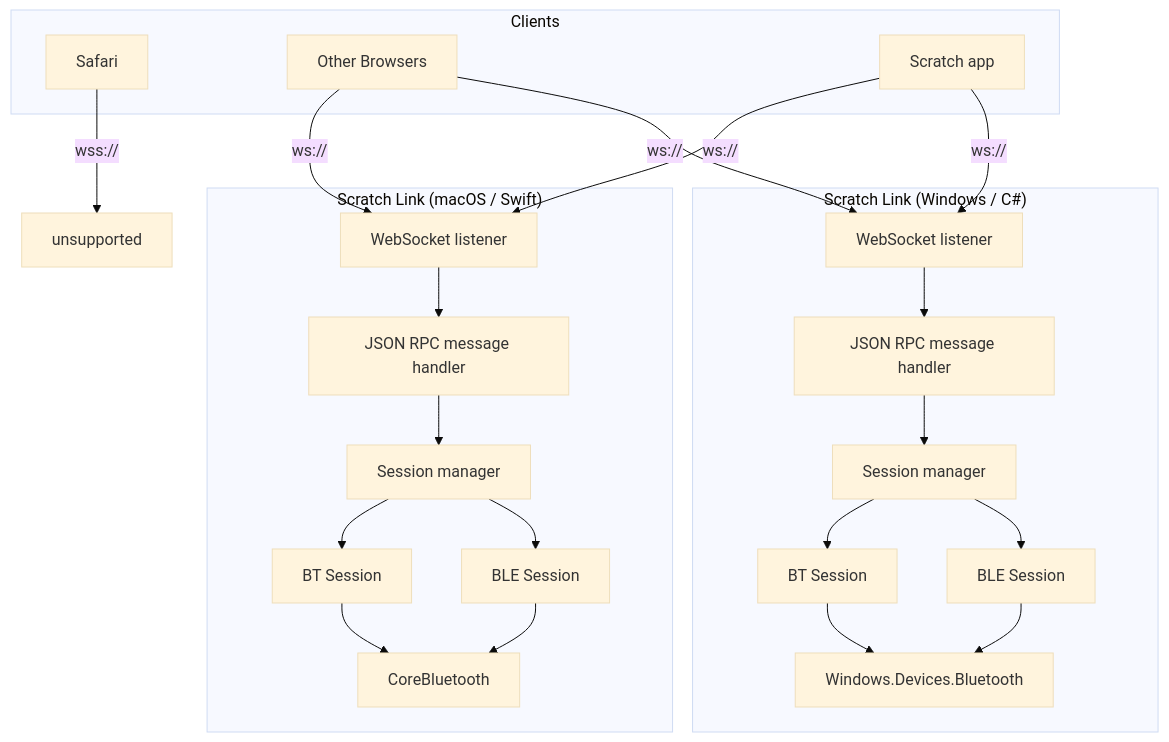
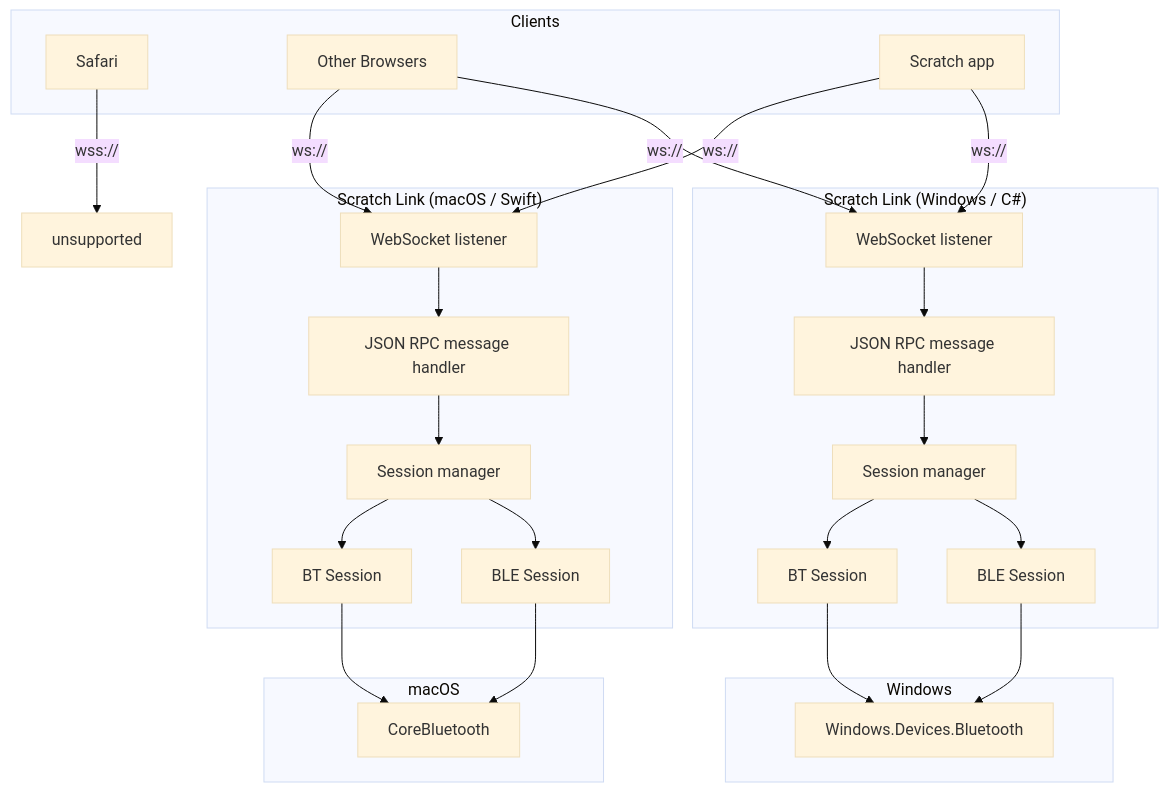
Before and after one commit to scratchfoundation/scratch-link: the second of 2 diagrams in Documentation/Architecture.md, drawn with Mermaid (base theme). The commit also changed other lines of this file, not shown here.

Commit message:
update architecture to avoid stdio with MAUI

````diff
--- a/Documentation/Architecture.md
+++ b/Documentation/Architecture.md
@@ -101,44 +107,48 @@
 ```mermaid
 graph TD;
 subgraph Clients
     Safari
     Browsers["Other Browsers"]
     App["Scratch app"]
 end
 subgraph "Scratch Link (Windows / C#)"
     WinWebSocket["WebSocket listener"]
     WinRPC["JSON RPC message handler"]
     WinSessionManager["Session manager"]
     WinBT["BT Session"]
     WinBLE["BLE Session"]
-    Windows.Devices.Bluetooth
 end
 subgraph "Scratch Link (macOS / Swift)"
     MacWebSocket["WebSocket listener"]
     MacRPC["JSON RPC message handler"]
     MacSessionManager["Session manager"]
     MacBT["BT Session"]
     MacBLE["BLE Session"]
+end
+subgraph "macOS"
     CoreBluetooth
+end
+subgraph "Windows"
+    Windows.Devices.Bluetooth
 end
 
 Safari -- wss:// --> unsupported
 Browsers -- ws:// --> MacWebSocket
 Browsers -- ws:// --> WinWebSocket
 App -- ws:// --> MacWebSocket
 App -- ws:// --> WinWebSocket
 
 MacWebSocket --> MacRPC
 MacRPC --> MacSessionManager
 MacSessionManager --> MacBT
 MacSessionManager --> MacBLE
 MacBT --> CoreBluetooth
 MacBLE --> CoreBluetooth
 
 WinWebSocket --> WinRPC
 WinRPC --> WinSessionManager
 WinSessionManager --> WinBT
 WinSessionManager --> WinBLE
 WinBT --> Windows.Devices.Bluetooth
 WinBLE --> Windows.Devices.Bluetooth
 ```
````
